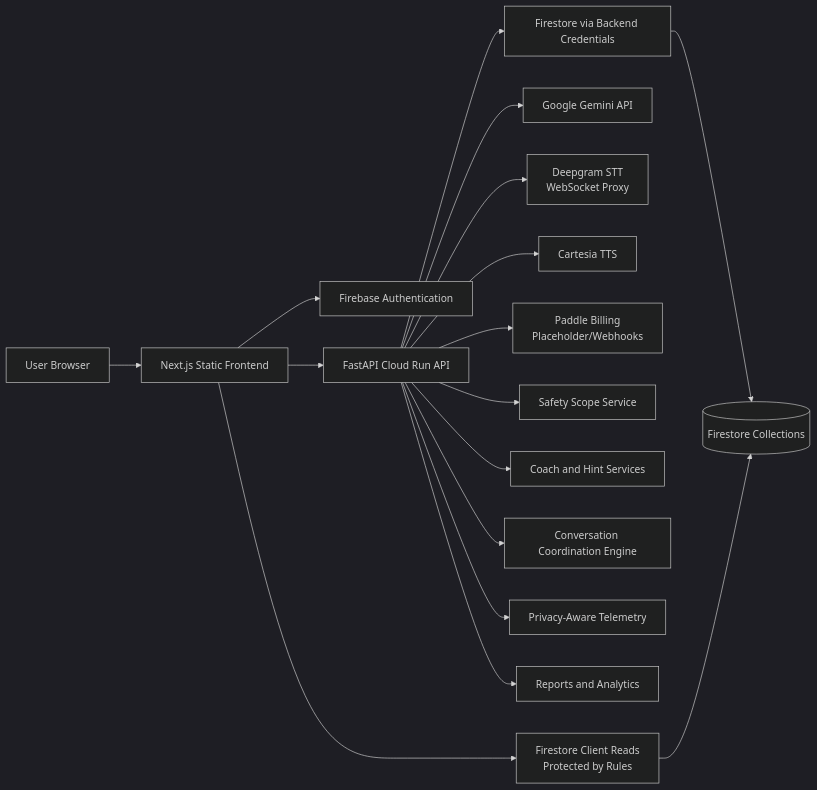
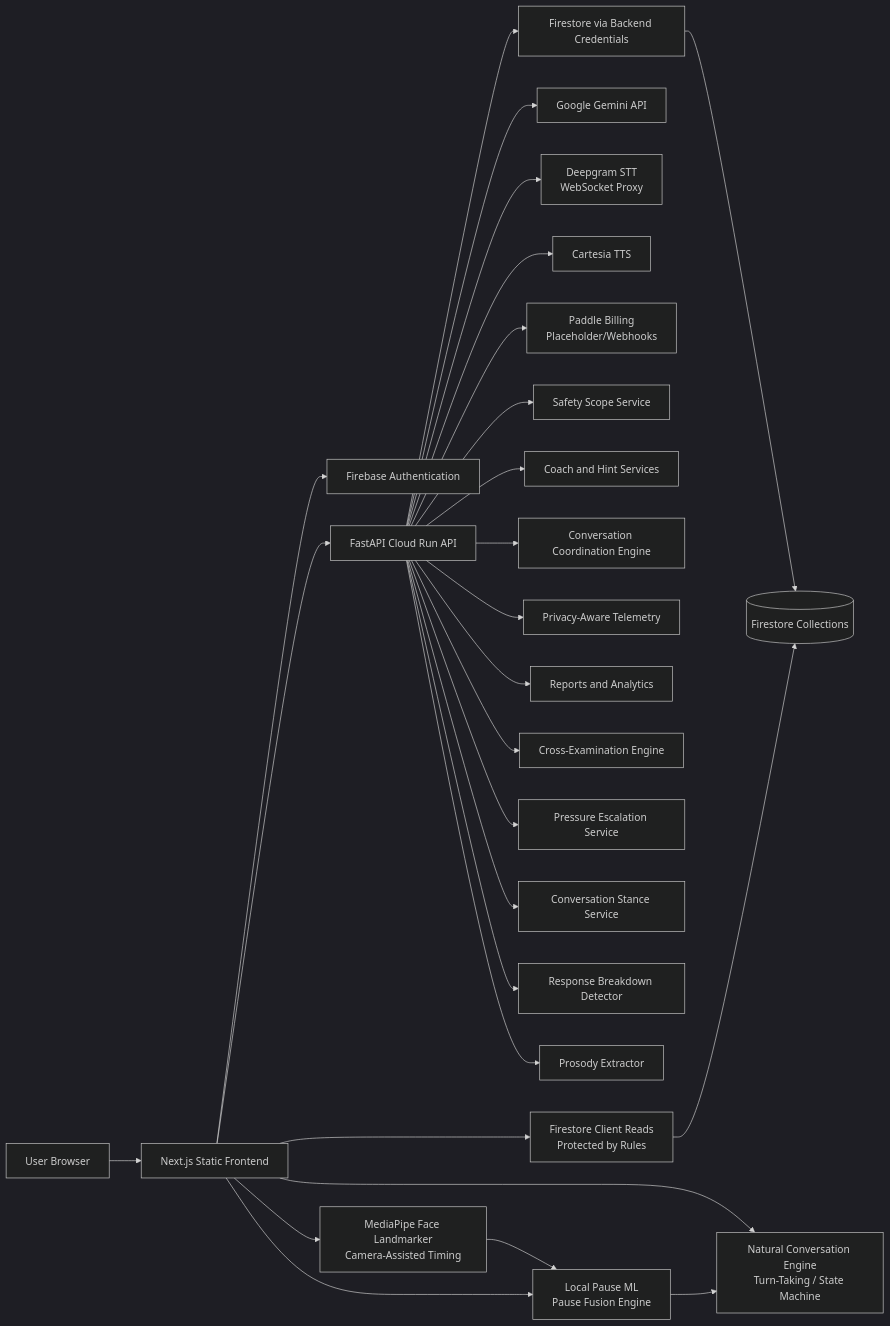
Before and after one commit to salkhan-ops/rehearseai: the first of 2 diagrams in docs/architecture.md, drawn with Mermaid (dark theme). The commit also changed other lines of this file and 7 other files, not shown here.

````diff
--- a/docs/architecture.md
+++ b/docs/architecture.md
@@ -21,22 +21,34 @@
 ```mermaid
 flowchart LR
   User[User Browser] --> Frontend[Next.js Static Frontend]
   Frontend --> FirebaseAuth[Firebase Authentication]
   Frontend --> API[FastAPI Cloud Run API]
   Frontend --> FirestoreRules[Firestore Client Reads\nProtected by Rules]
+
+  Frontend --> NaturalConv[Natural Conversation Engine\nTurn-Taking / State Machine]
+  Frontend --> MediaPipe[MediaPipe Face Landmarker\nCamera-Assisted Timing]
+  Frontend --> LocalML[Local Pause ML\nPause Fusion Engine]
+
+  MediaPipe --> LocalML
+  LocalML --> NaturalConv
 
   API --> FirestoreAdmin[Firestore via Backend Credentials]
   API --> Gemini[Google Gemini API]
   API --> Deepgram[Deepgram STT\nWebSocket Proxy]
   API --> Cartesia[Cartesia TTS]
   API --> Paddle[Paddle Billing\nPlaceholder/Webhooks]
 
   FirestoreAdmin --> Data[(Firestore Collections)]
   FirestoreRules --> Data
 
   API --> Safety[Safety Scope Service]
   API --> Coach[Coach and Hint Services]
   API --> Coordination[Conversation Coordination Engine]
   API --> Telemetry[Privacy-Aware Telemetry]
   API --> Reports[Reports and Analytics]
+  API --> CrossExam[Cross-Examination Engine]
+  API --> Pressure[Pressure Escalation Service]
+  API --> Stance[Conversation Stance Service]
+  API --> Breakdown[Response Breakdown Detector]
+  API --> Prosody[Prosody Extractor]
 ```
````
